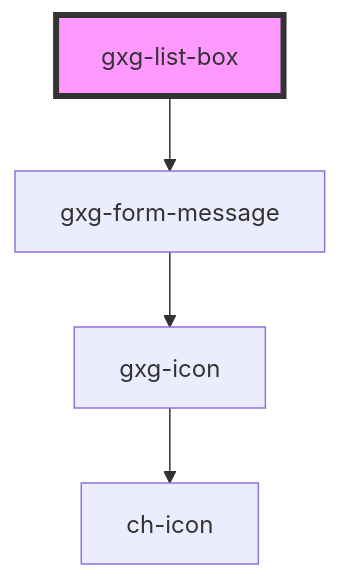
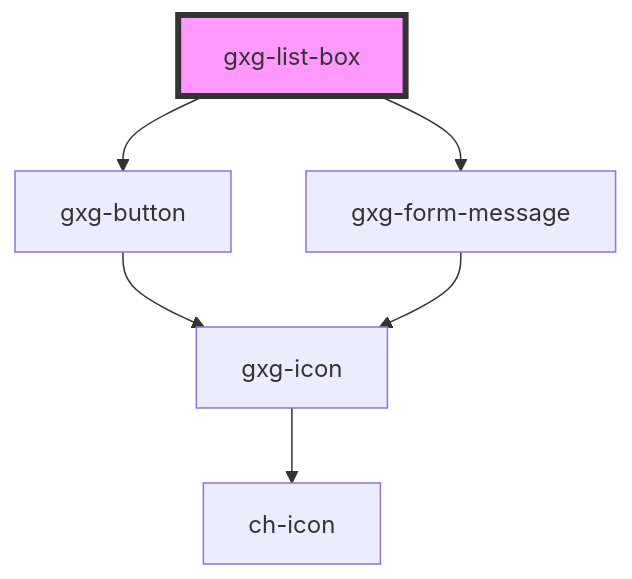
One commit to genexuslabs/gemini changed the diagram in src/components/list-box/readme.md. Above: the diagram before and after it, drawn with Mermaid. The commit also changed other lines of this file and 10 other files, not shown here.

````diff
--- a/src/components/list-box/readme.md
+++ b/src/components/list-box/readme.md
@@ -61,7 +64,9 @@
 ```mermaid
 graph TD;
+  gxg-list-box --> gxg-button
   gxg-list-box --> gxg-form-message
+  gxg-button --> gxg-icon
+  gxg-icon --> ch-icon
   gxg-form-message --> gxg-icon
-  gxg-icon --> ch-icon
   style gxg-list-box fill:#f9f,stroke:#333,stroke-width:4px
 ```
````
